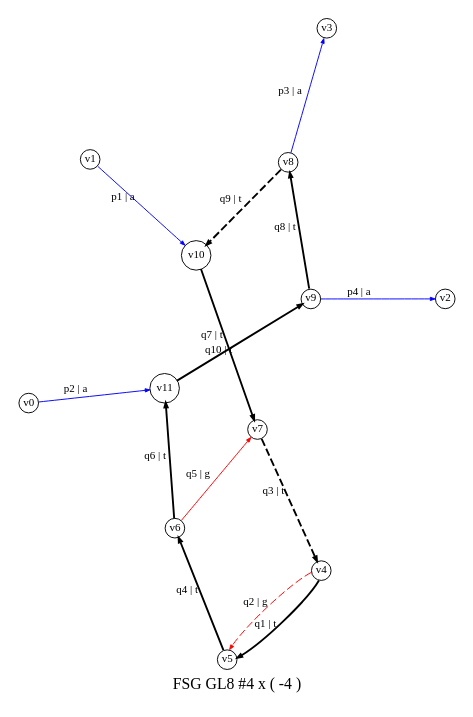
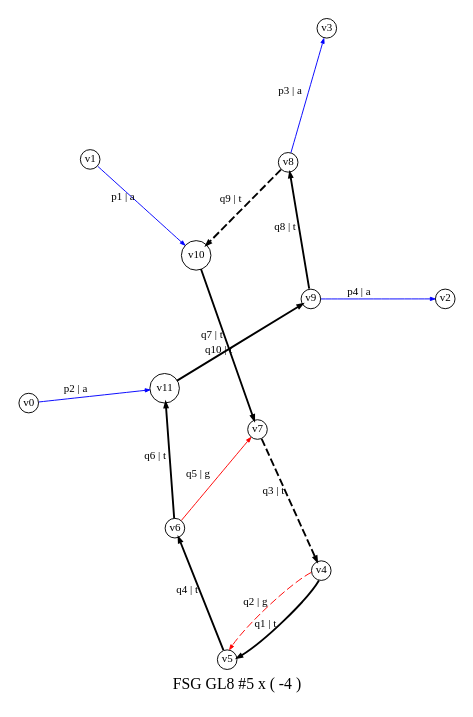
One commit to alphal00p/alphaLoopMisc changed the diagram in aa_ttx/SupplementaryMaterial/drawings/GL8.dot. Above: the diagram before and after it, drawn with Graphviz. The commit also changed 139 other files, not shown here.

```diff
--- a/aa_ttx/SupplementaryMaterial/drawings/GL8.dot
+++ b/aa_ttx/SupplementaryMaterial/drawings/GL8.dot
@@ -1,25 +1,25 @@
 digraph dot_4_0_GL8 {
-label="FSG GL8 #4 x ( -4 )";
+label="FSG GL8 #5 x ( -4 )";
 noverlap="scale"; layout="neato";
 graph [ 
 overall_factor="NumeratorDependentGrouping(11,1,AntiFermionSpinSumSign(1)*AutG(1)^-1*ExternalFermionOrderingSign(1)*InternalFermionLoopSign(-1)*NumeratorIndependentSymmetryGrouping(2))+NumeratorDependentGrouping(8,1,AntiFermionSpinSumSign(1)*AutG(1)^-1*ExternalFermionOrderingSign(1)*InternalFermionLoopSign(-1)*NumeratorIndependentSymmetryGrouping(2))",
 overall_factor_evaluated="-4",
 fontsize=10,ratio=1.5
  ];
 node [ fontsize=7,shape=circle,margin=0,height=0.01,penwidth=0.6 ];
 edge [ fontsize=7,arrowsize=0.3,penwidth=0.6 ];
 "v1" -> "v10" [label="p1 | a",color="blue",penwidth="0.6",style="solid"];
 "v0" -> "v11" [label="p2 | a",color="blue",penwidth="0.6",style="solid"];
 "v8" -> "v3" [label="p3 | a",color="blue",penwidth="0.6",style="solid"];
 "v9" -> "v2" [label="p4 | a",color="blue",penwidth="0.6",style="solid"];
 "v4" -> "v5" [label="q1 | t",color="black",penwidth="1.2",style="solid"];
 "v4" -> "v5" [label="q2 | g",color="red",penwidth="0.6",style="dashed"];
 "v7" -> "v4" [label="q3 | t",color="black",penwidth="1.2",style="dashed"];
 "v5" -> "v6" [label="q4 | t",color="black",penwidth="1.2",style="solid"];
 "v6" -> "v7" [label="q5 | g",color="red",penwidth="0.6",style="solid"];
 "v6" -> "v11" [label="q6 | t",color="black",penwidth="1.2",style="solid"];
 "v10" -> "v7" [label="q7 | t",color="black",penwidth="1.2",style="solid"];
 "v9" -> "v8" [label="q8 | t",color="black",penwidth="1.2",style="solid"];
 "v8" -> "v10" [label="q9 | t",color="black",penwidth="1.2",style="dashed"];
 "v11" -> "v9" [label="q10 | t",color="black",penwidth="1.2",style="solid"];
 }
```
